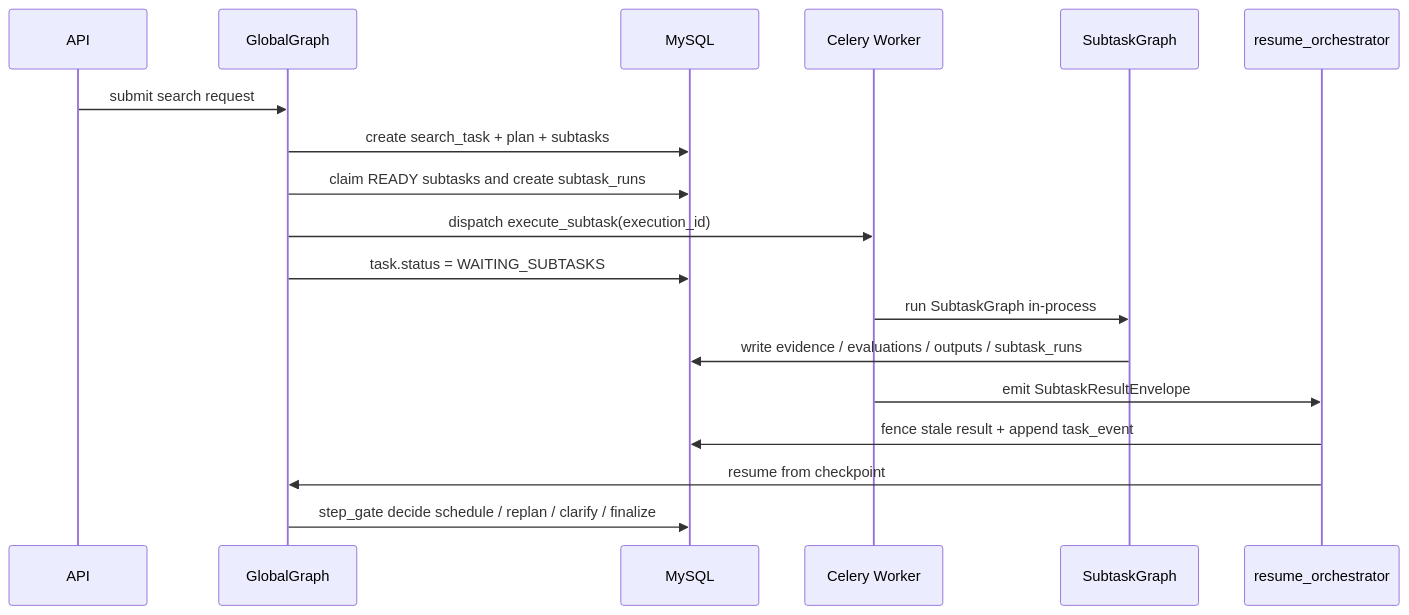
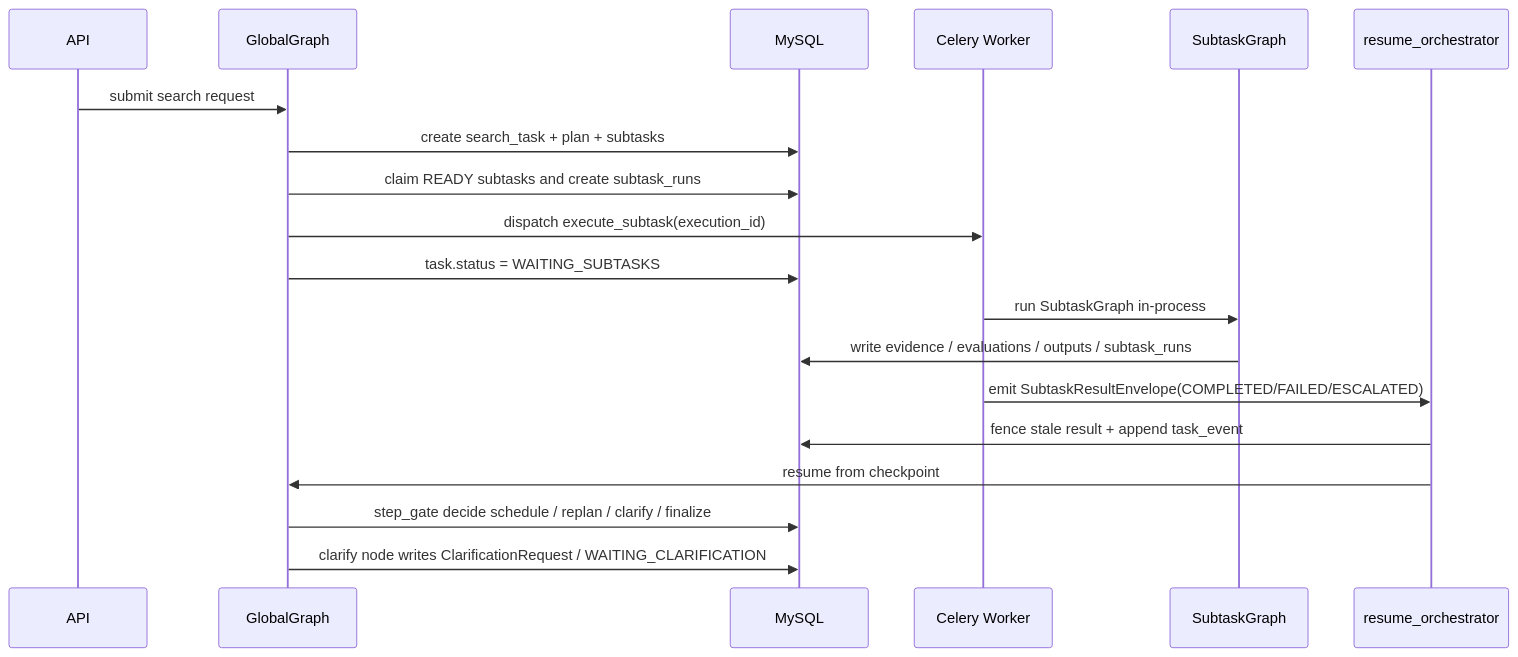
Before and after one commit to kkk935208447/learning_common_lib: the fourth of 6 diagrams in src/learning_common_lib/案例/用户AgenticRAG检索/架构设计规划.md, drawn with Mermaid. The commit also changed other lines of this file and 1 other file, not shown here.

````diff
--- a/src/learning_common_lib/案例/用户AgenticRAG检索/架构设计规划.md
+++ b/src/learning_common_lib/案例/用户AgenticRAG检索/架构设计规划.md
@@ -318,21 +331,22 @@
 ```mermaid
 sequenceDiagram
     participant API as API
     participant GG as GlobalGraph
     participant DB as MySQL
     participant CW as Celery Worker
     participant SG as SubtaskGraph
     participant RO as resume_orchestrator
 
     API->>GG: submit search request
     GG->>DB: create search_task + plan + subtasks
     GG->>DB: claim READY subtasks and create subtask_runs
     GG->>CW: dispatch execute_subtask(execution_id)
     GG->>DB: task.status = WAITING_SUBTASKS
     CW->>SG: run SubtaskGraph in-process
     SG->>DB: write evidence / evaluations / outputs / subtask_runs
-    CW->>RO: emit SubtaskResultEnvelope
+    CW->>RO: emit SubtaskResultEnvelope(COMPLETED/FAILED/ESCALATED)
     RO->>DB: fence stale result + append task_event
     RO->>GG: resume from checkpoint
     GG->>DB: step_gate decide schedule / replan / clarify / finalize
+    GG->>DB: clarify node writes ClarificationRequest / WAITING_CLARIFICATION
 ```
````
